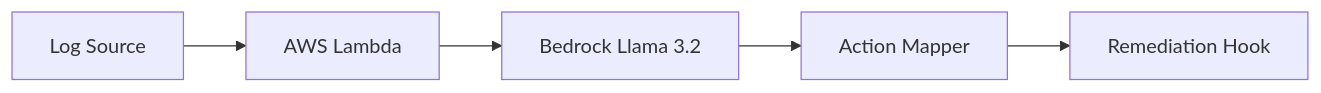
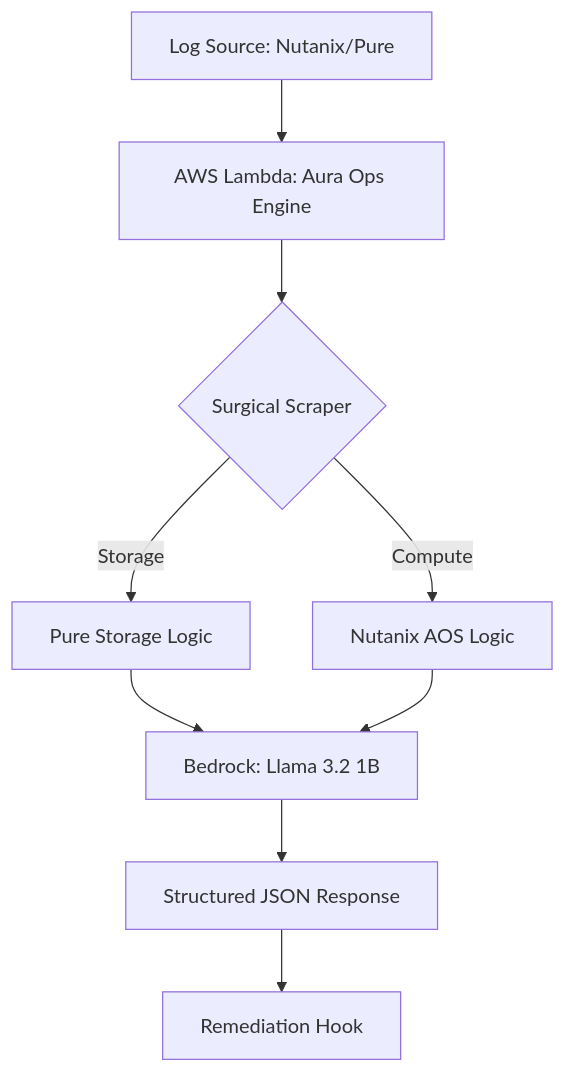
One commit to rack2cloud/Lambda-GenAI changed the diagram in README.md. Above: the diagram before and after it, drawn with Mermaid. The commit also changed other lines of this file, not shown here.

````diff
--- a/README.md
+++ b/README.md
@@ -17,7 +18,10 @@
 ```mermaid
-graph LR
-    Log[Log Source] --> Lambda[AWS Lambda]
-    Lambda --> Bedrock[Bedrock Llama 3.2]
-    Bedrock --> Mapper[Action Mapper]
-    Mapper --> Hook[Remediation Hook]
+graph TD
+    A[Log Source: Nutanix/Pure] --> B[AWS Lambda: Aura Ops Engine]
+    B --> C{Surgical Scraper}
+    C -- Storage --> D[Pure Storage Logic]
+    C -- Compute --> E[Nutanix AOS Logic]
+    D & E --> F[Bedrock: Llama 3.2 1B]
+    F --> G[Structured JSON Response]
+    G --> Hook[Remediation Hook]
 ```
````
